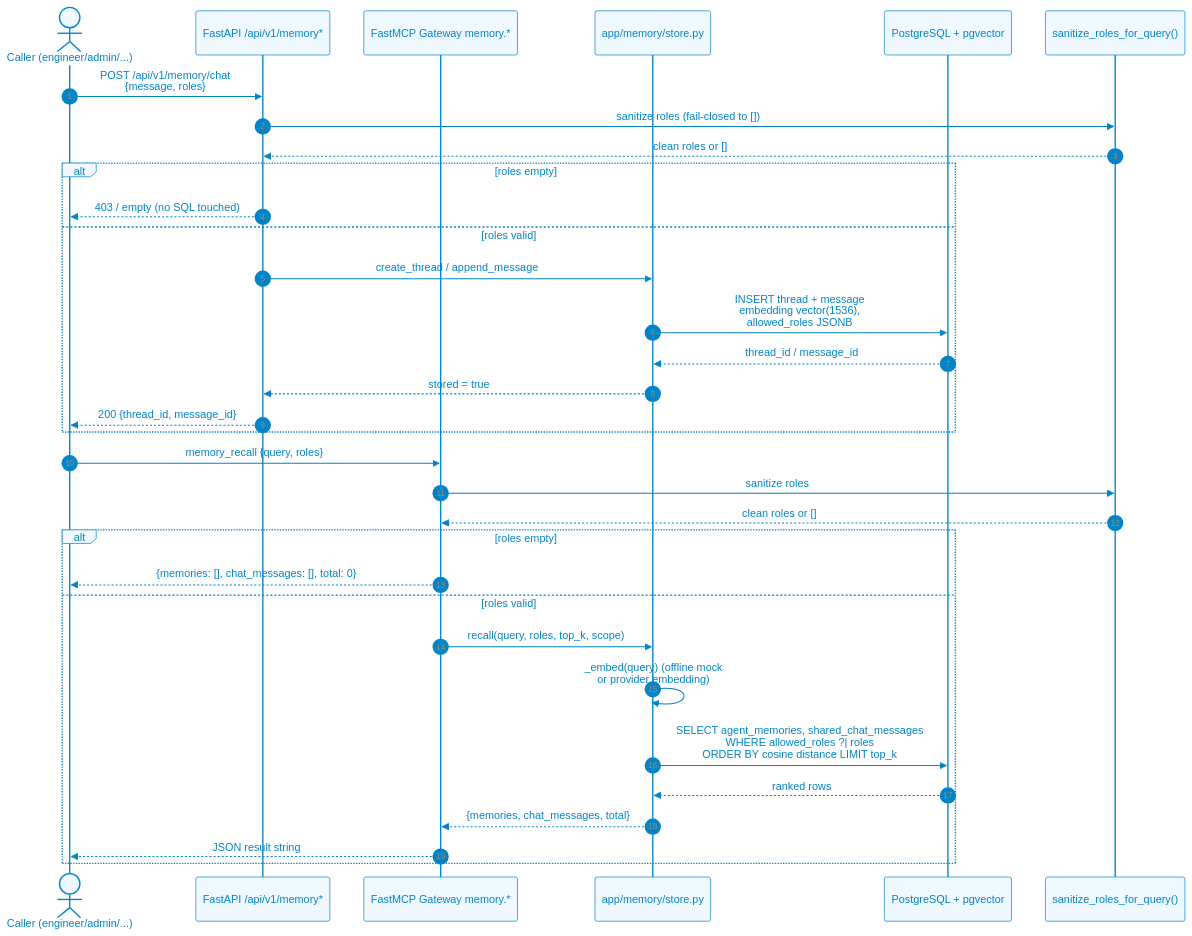
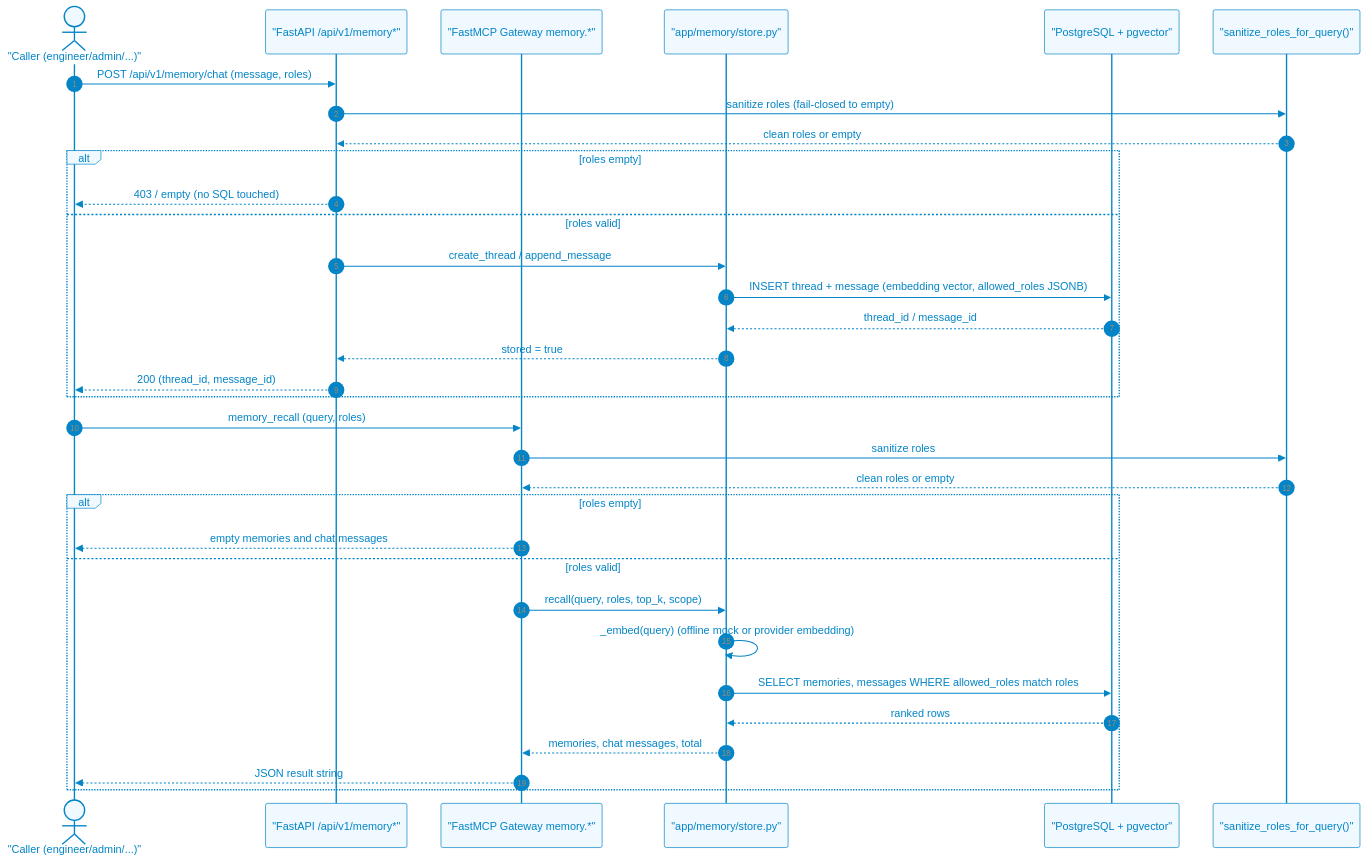
Before and after one commit to Kenono2000/enterprise-rag-pgvector-rbac: the eighth of 10 diagrams in README.md, drawn with Mermaid. The commit also changed other lines of this file and 10 other files, not shown here.

First line of the commit message:
feat: Enhance HITL approval flow with checkpointing and decision endpoint

````diff
--- a/README.md
+++ b/README.md
@@ -347,38 +550,38 @@
 ```mermaid
 %%{init: {'theme': 'base', 'themeVariables': { 'primaryColor': '#f0f9ff', 'primaryTextColor': '#0284c7', 'primaryBorderColor': '#0284c7', 'lineColor': '#64748b', 'secondaryColor': '#f0fdf4', 'tertiaryColor': '#fffbeb'}}}%%
 sequenceDiagram
     autonumber
-    actor U as Caller (engineer/admin/...)
-    participant API as FastAPI /api/v1/memory*
-    participant GW as FastMCP Gateway memory.*
-    participant Store as app/memory/store.py
-    participant DB as PostgreSQL + pgvector
-    participant RBAC as sanitize_roles_for_query()
+    actor U as "Caller (engineer/admin/...)"
+    participant API as "FastAPI /api/v1/memory*"
+    participant GW as "FastMCP Gateway memory.*"
+    participant Store as "app/memory/store.py"
+    participant DB as "PostgreSQL + pgvector"
+    participant RBAC as "sanitize_roles_for_query()"
 
-    U->>API: POST /api/v1/memory/chat<br/>{message, roles}
-    API->>RBAC: sanitize roles (fail-closed to [])
-    RBAC-->>API: clean roles or []
+    U->>API: POST /api/v1/memory/chat (message, roles)
+    API->>RBAC: sanitize roles (fail-closed to empty)
+    RBAC-->>API: clean roles or empty
     alt roles empty
         API-->>U: 403 / empty (no SQL touched)
     else roles valid
         API->>Store: create_thread / append_message
-        Store->>DB: INSERT thread + message<br/>embedding vector(1536),<br/>allowed_roles JSONB
+        Store->>DB: INSERT thread + message (embedding vector, allowed_roles JSONB)
         DB-->>Store: thread_id / message_id
         Store-->>API: stored = true
-        API-->>U: 200 {thread_id, message_id}
+        API-->>U: 200 (thread_id, message_id)
     end
 
-    U->>GW: memory_recall {query, roles}
+    U->>GW: memory_recall (query, roles)
     GW->>RBAC: sanitize roles
-    RBAC-->>GW: clean roles or []
+    RBAC-->>GW: clean roles or empty
     alt roles empty
-        GW-->>U: {memories: [], chat_messages: [], total: 0}
+        GW-->>U: empty memories and chat messages
     else roles valid
         GW->>Store: recall(query, roles, top_k, scope)
-        Store->>Store: _embed(query) (offline mock<br/>or provider embedding)
-        Store->>DB: SELECT agent_memories, shared_chat_messages<br/>WHERE allowed_roles ?| roles<br/>ORDER BY cosine distance LIMIT top_k
+        Store->>Store: _embed(query) (offline mock or provider embedding)
+        Store->>DB: SELECT memories, messages WHERE allowed_roles match roles
         DB-->>Store: ranked rows
-        Store-->>GW: {memories, chat_messages, total}
+        Store-->>GW: memories, chat messages, total
         GW-->>U: JSON result string
     end
 ```
````
